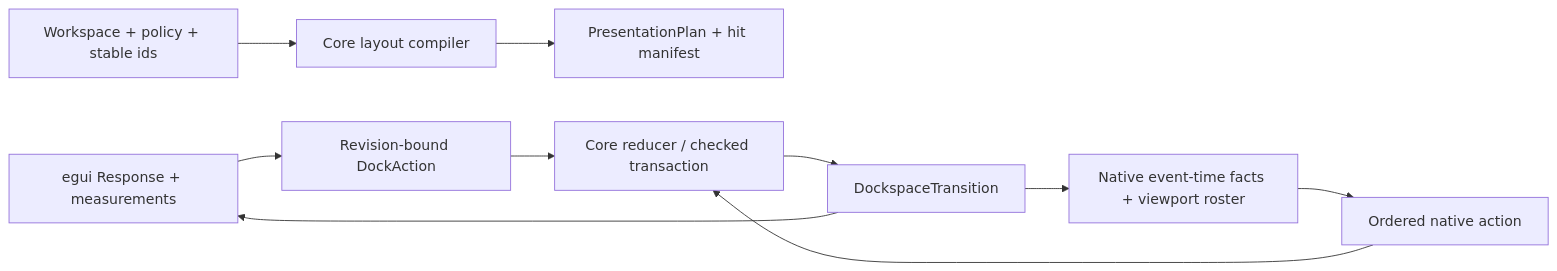
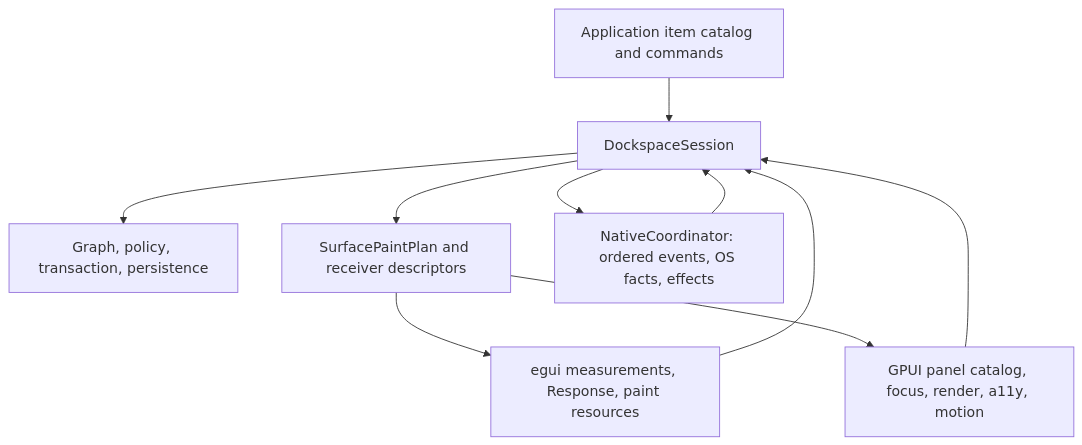
Before and after one commit to Latias94/egui_docking: the first of 5 diagrams in docs/plans/2026-08-08-001-refactor-dockspace-product-boundary-plan.md, drawn with Mermaid. The commit also changed other lines of this file, not shown here.

Commit message:
docs(plan): define fearless dockspace product boundary

````diff
--- a/docs/plans/2026-08-08-001-refactor-dockspace-product-boundary-plan.md
+++ b/docs/plans/2026-08-08-001-refactor-dockspace-product-boundary-plan.md
@@ -110,12 +175,12 @@
 ```mermaid
-flowchart LR
-    M[Workspace + policy + stable ids] --> L[Core layout compiler]
-    L --> P[PresentationPlan + hit manifest]
-    E[egui Response + measurements] --> A[Revision-bound DockAction]
-    N[Native event-time facts + viewport roster] --> B[Ordered native action]
-    A --> R[Core reducer / checked transaction]
-    B --> R
-    R --> T[DockspaceTransition]
-    T --> E
-    T --> N
+flowchart TB
+    App[Application item catalog and commands] --> Session[DockspaceSession]
+    Session --> Model[Graph, policy, transaction, persistence]
+    Session --> Plan[SurfacePaintPlan and receiver descriptors]
+    Egui[egui measurements, Response, paint resources] --> Session
+    Plan --> Egui
+    Native[NativeCoordinator: ordered events, OS facts, effects] --> Session
+    Session --> Native
+    GPUI[GPUI panel catalog, focus, render, a11y, motion] --> Session
+    Plan --> GPUI
 ```
````
